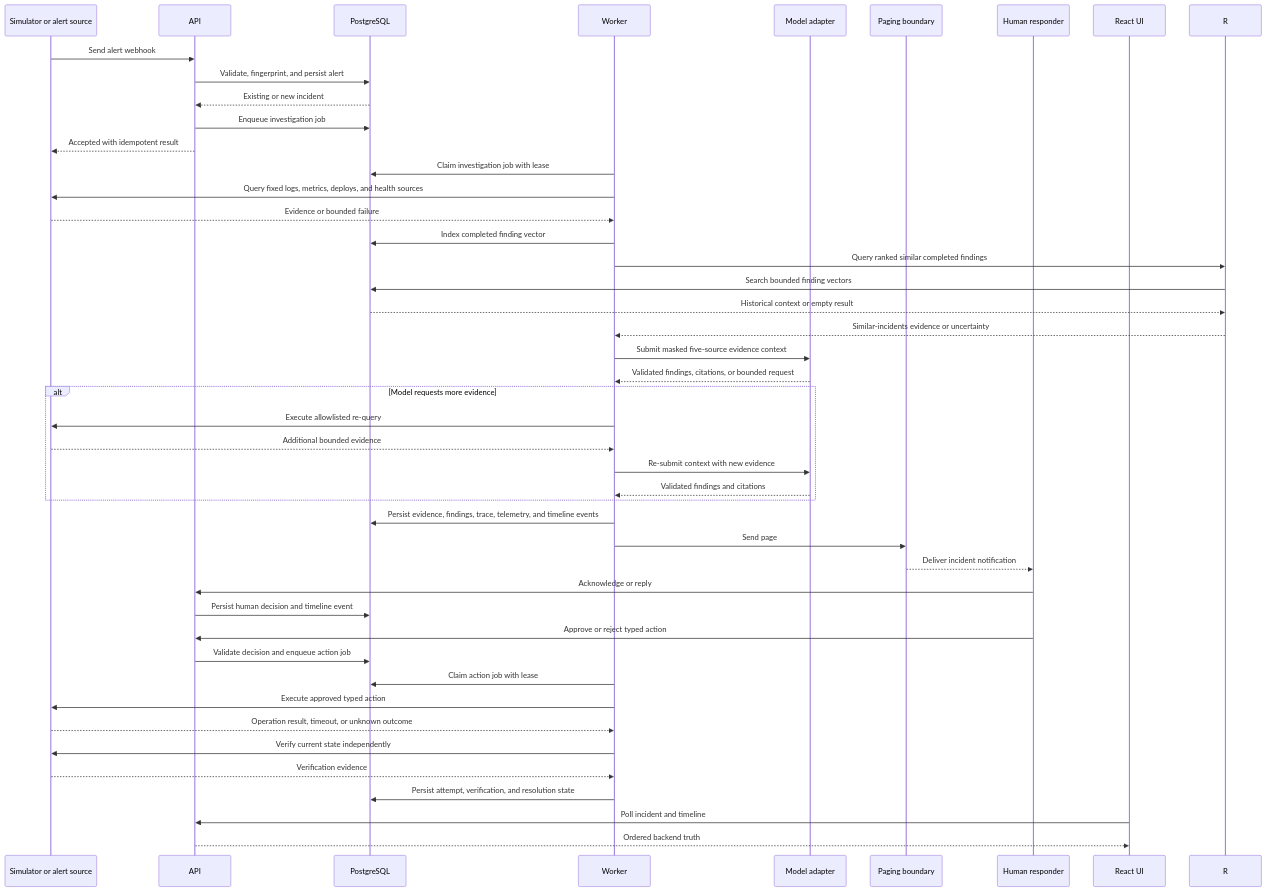
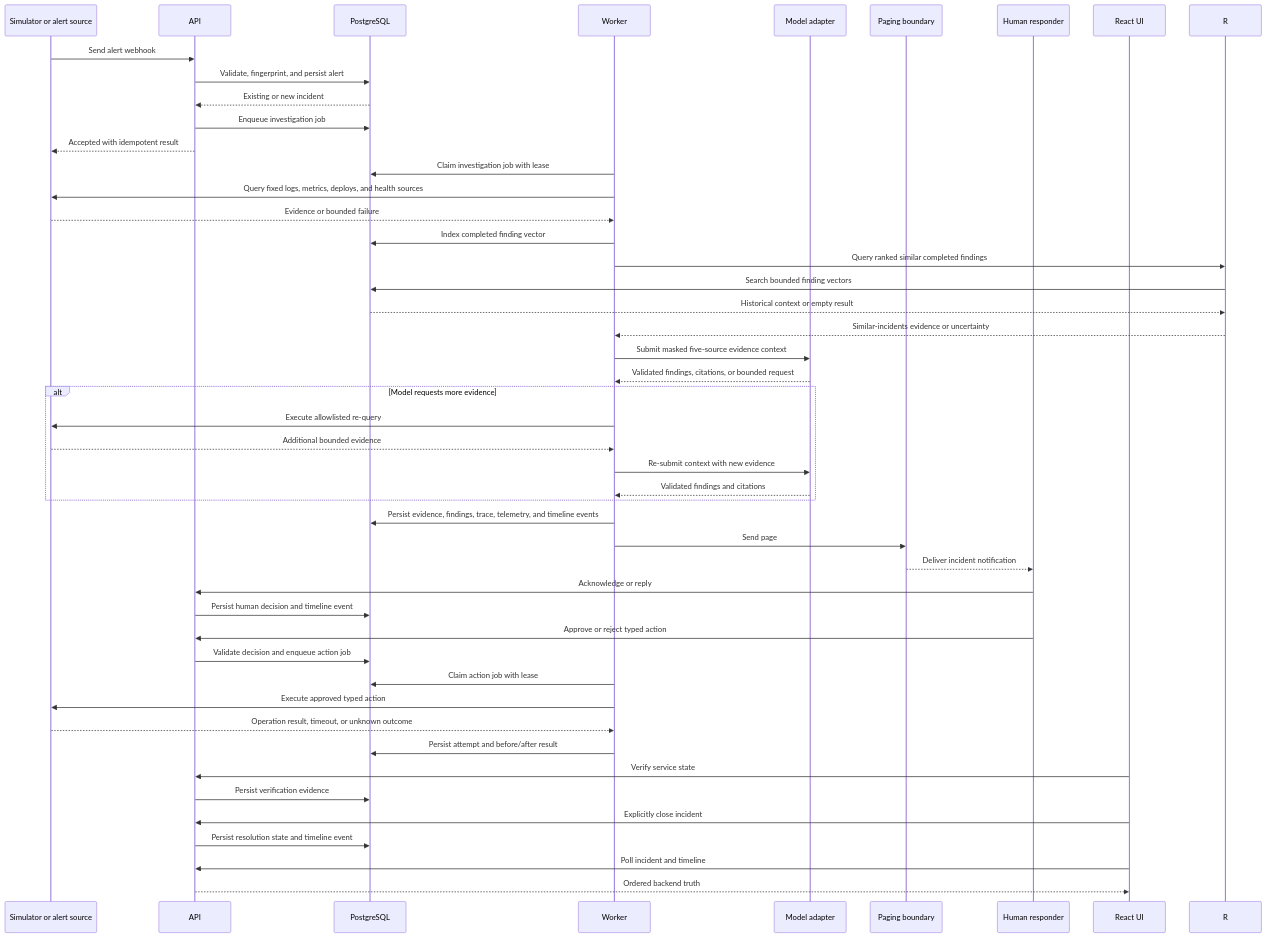
The diagram in _plan_docs/_lld_docs/05-runtime-sequence-flow.md (safayavatsal/hero-vired-assignment), drawn with Mermaid before and after one commit. The commit also changed other lines of this file and 18 other files, not shown here.

````diff
--- a/_plan_docs/_lld_docs/05-runtime-sequence-flow.md
+++ b/_plan_docs/_lld_docs/05-runtime-sequence-flow.md
@@ -5,48 +5,50 @@
 ```mermaid
 sequenceDiagram
     participant S as Simulator or alert source
     participant A as API
     participant D as PostgreSQL
     participant W as Worker
     participant M as Model adapter
     participant P as Paging boundary
     participant H as Human responder
     participant U as React UI
 
     S->>A: Send alert webhook
     A->>D: Validate, fingerprint, and persist alert
     D-->>A: Existing or new incident
     A->>D: Enqueue investigation job
     A-->>S: Accepted with idempotent result
     W->>D: Claim investigation job with lease
     W->>S: Query fixed logs, metrics, deploys, and health sources
     S-->>W: Evidence or bounded failure
     W->>D: Index completed finding vector
     W->>R: Query ranked similar completed findings
     R->>D: Search bounded finding vectors
     D-->>R: Historical context or empty result
     R-->>W: Similar-incidents evidence or uncertainty
     W->>M: Submit masked five-source evidence context
     M-->>W: Validated findings, citations, or bounded request
     alt Model requests more evidence
         W->>S: Execute allowlisted re-query
         S-->>W: Additional bounded evidence
         W->>M: Re-submit context with new evidence
         M-->>W: Validated findings and citations
     end
     W->>D: Persist evidence, findings, trace, telemetry, and timeline events
     W->>P: Send page
     P-->>H: Deliver incident notification
     H->>A: Acknowledge or reply
     A->>D: Persist human decision and timeline event
     H->>A: Approve or reject typed action
     A->>D: Validate decision and enqueue action job
     W->>D: Claim action job with lease
     W->>S: Execute approved typed action
     S-->>W: Operation result, timeout, or unknown outcome
-    W->>S: Verify current state independently
-    S-->>W: Verification evidence
-    W->>D: Persist attempt, verification, and resolution state
+    W->>D: Persist attempt and before/after result
+    U->>A: Verify service state
+    A->>D: Persist verification evidence
+    U->>A: Explicitly close incident
+    A->>D: Persist resolution state and timeline event
     U->>A: Poll incident and timeline
     A-->>U: Ordered backend truth
 ```
````
